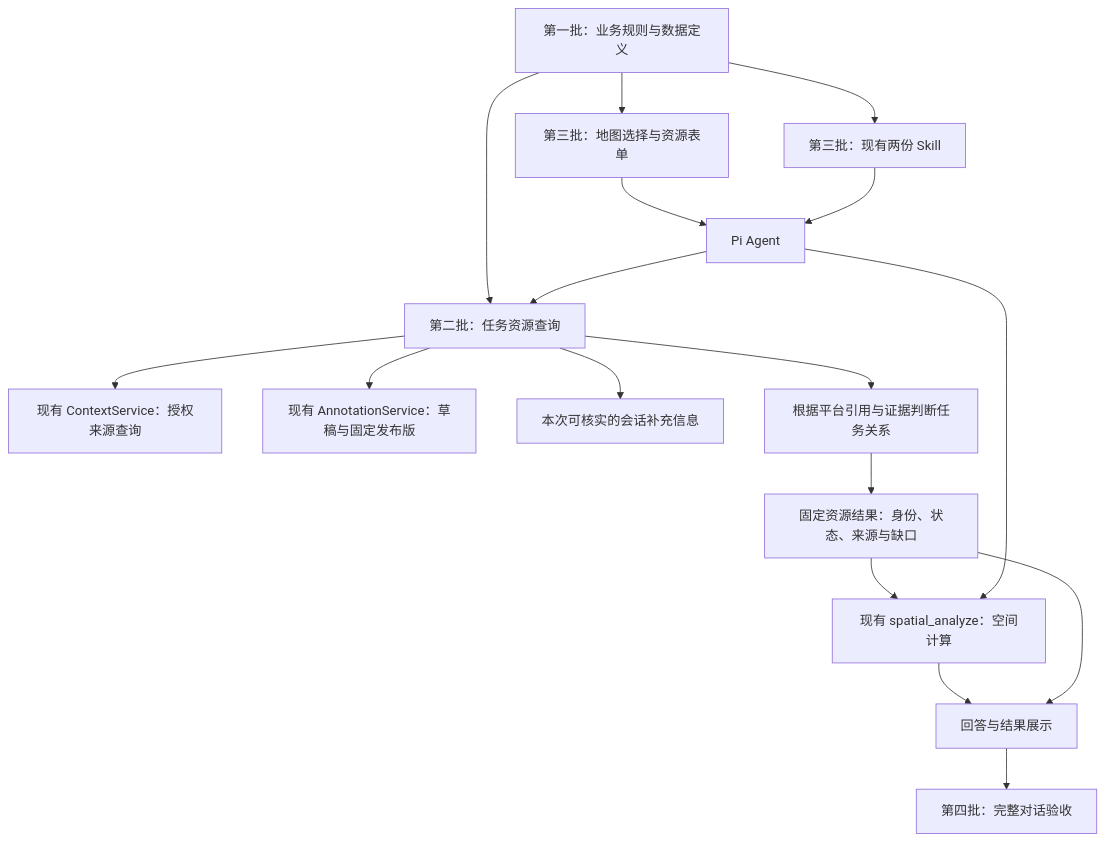
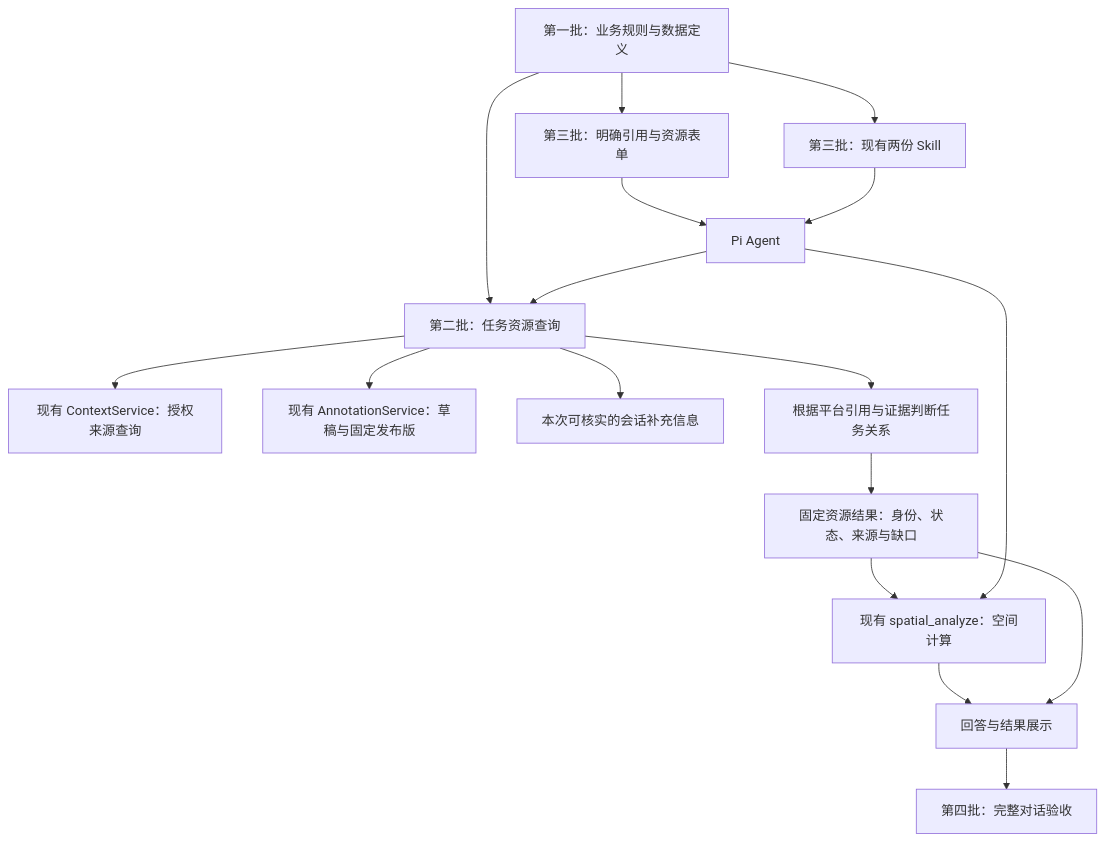
Before and after one commit to pulpcode/berserk: the diagram in .trellis/tasks/10-28-agent-spatial-plotting/task-resources-20261102/README.md, drawn with Mermaid. The commit also changed other lines of this file and 1 other file, not shown here.

````diff
--- a/.trellis/tasks/10-28-agent-spatial-plotting/task-resources-20261102/README.md
+++ b/.trellis/tasks/10-28-agent-spatial-plotting/task-resources-20261102/README.md
@@ -32,19 +34,19 @@
 ```mermaid
 flowchart TD
     R[第一批：业务规则与数据定义] --> T[第二批：任务资源查询]
-    R --> U[第三批：地图选择与资源表单]
+    R --> U[第三批：明确引用与资源表单]
     R --> K[第三批：现有两份 Skill]
     U --> A[Pi Agent]
     K --> A
     A --> T
     T --> C[现有 ContextService：授权来源查询]
     T --> D[现有 AnnotationService：草稿与固定发布版]
     T --> E[本次可核实的会话补充信息]
     T --> J[根据平台引用与证据判断任务关系]
     J --> F[固定资源结果：身份、状态、来源与缺口]
     F --> S[现有 spatial_analyze：空间计算]
     A --> S
     S --> O[回答与结果展示]
     F --> O
     O --> V[第四批：完整对话验收]
 ```
````
